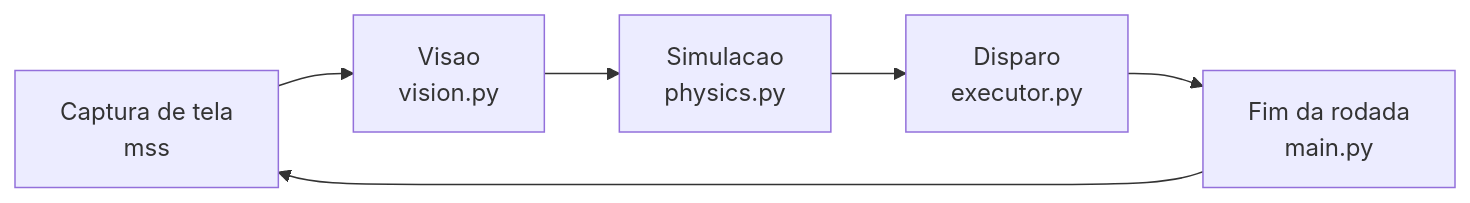
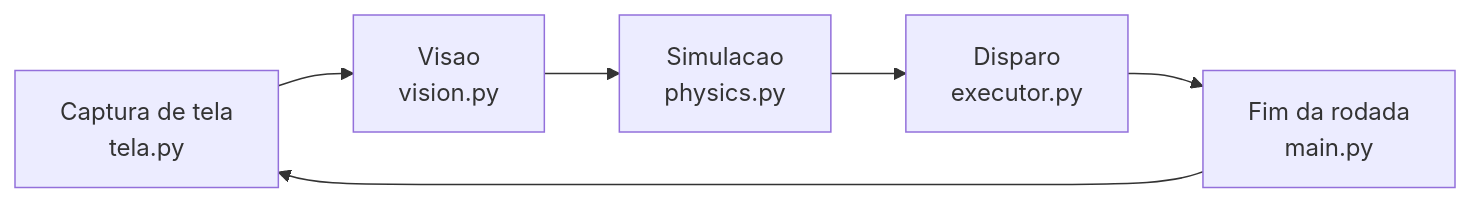
Before and after one commit to alberthamoui/bbtan_bot: the diagram in README.md, drawn with Mermaid. The commit also changed other lines of this file, not shown here.

````diff
--- a/README.md
+++ b/README.md
@@ -11,8 +11,8 @@
 ```mermaid
 flowchart LR
-    A["Captura de tela<br/>mss"] --> B["Visao<br/>vision.py"]
+    A["Captura de tela<br/>tela.py"] --> B["Visao<br/>vision.py"]
     B --> C["Simulacao<br/>physics.py"]
     C --> D["Disparo<br/>executor.py"]
     D --> E["Fim da rodada<br/>main.py"]
     E --> A
 ```
````
